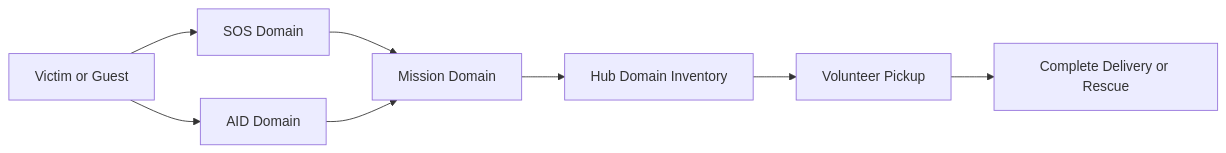
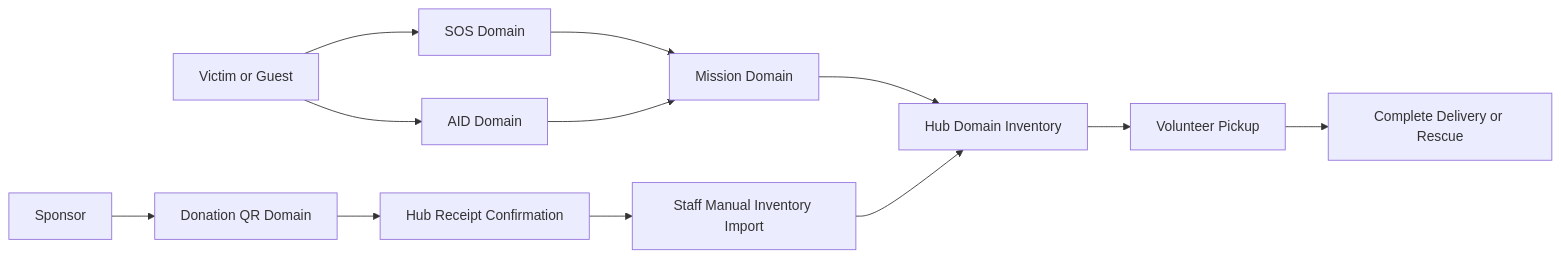
Before and after one commit to phatnguyen975/AidBridge: the first of 6 diagrams in docs/DOMAIN_PRESENTATION_README.md, drawn with Mermaid. The commit also changed other lines of this file and 1 other file, not shown here.

Commit message:
update docs: qr donation logic

````diff
--- a/docs/DOMAIN_PRESENTATION_README.md
+++ b/docs/DOMAIN_PRESENTATION_README.md
@@ -24,10 +28,14 @@
 ```mermaid
 flowchart LR
     U[Victim or Guest] --> S[SOS Domain]
     U --> A[AID Domain]
+    SP[Sponsor] --> D[Donation QR Domain]
+    D --> HR[Hub Receipt Confirmation]
+    HR --> HI[Staff Manual Inventory Import]
     S --> M[Mission Domain]
     A --> M
     M --> H[Hub Domain Inventory]
+    HI --> H
     H --> V[Volunteer Pickup]
     V --> C[Complete Delivery or Rescue]
 ```
````
